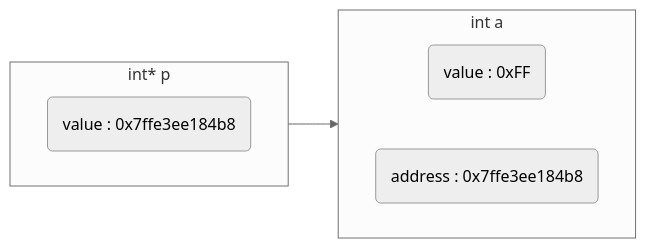
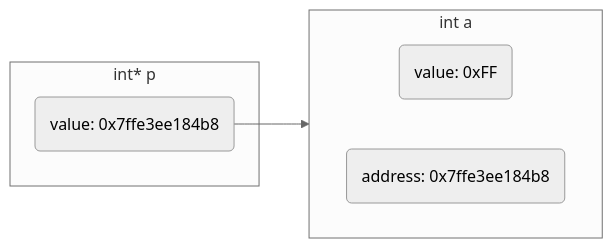
One commit to dmjcb/dmjcb.github.io changed the fourth of 11 diagrams in _posts/language/c_c++/pointer/2022-01-08-指针.md. Above: the diagram before and after it, drawn with Mermaid (neutral theme). The commit also changed other lines of this file and 17 other files, not shown here.

````diff
--- a/_posts/language/c_c++/pointer/2022-01-08-指针.md
+++ b/_posts/language/c_c++/pointer/2022-01-08-指针.md
@@ -106,13 +145,12 @@
 ```mermaid
 graph LR;
     subgraph S1[int a]
         direction LR
-        V2(value : 0xFF)
-        A2(address : 0x7ffe3ee184b8)
+        V2(value: 0xFF)
+        A2(address: 0x7ffe3ee184b8)
     end
     subgraph S2[int* p]
-        direction LR
-        V1(value : 0x7ffe3ee184b8)
+        V1(value: 0x7ffe3ee184b8)
     end
-    V1-->S1
+    V1-->A2
 ```
````
